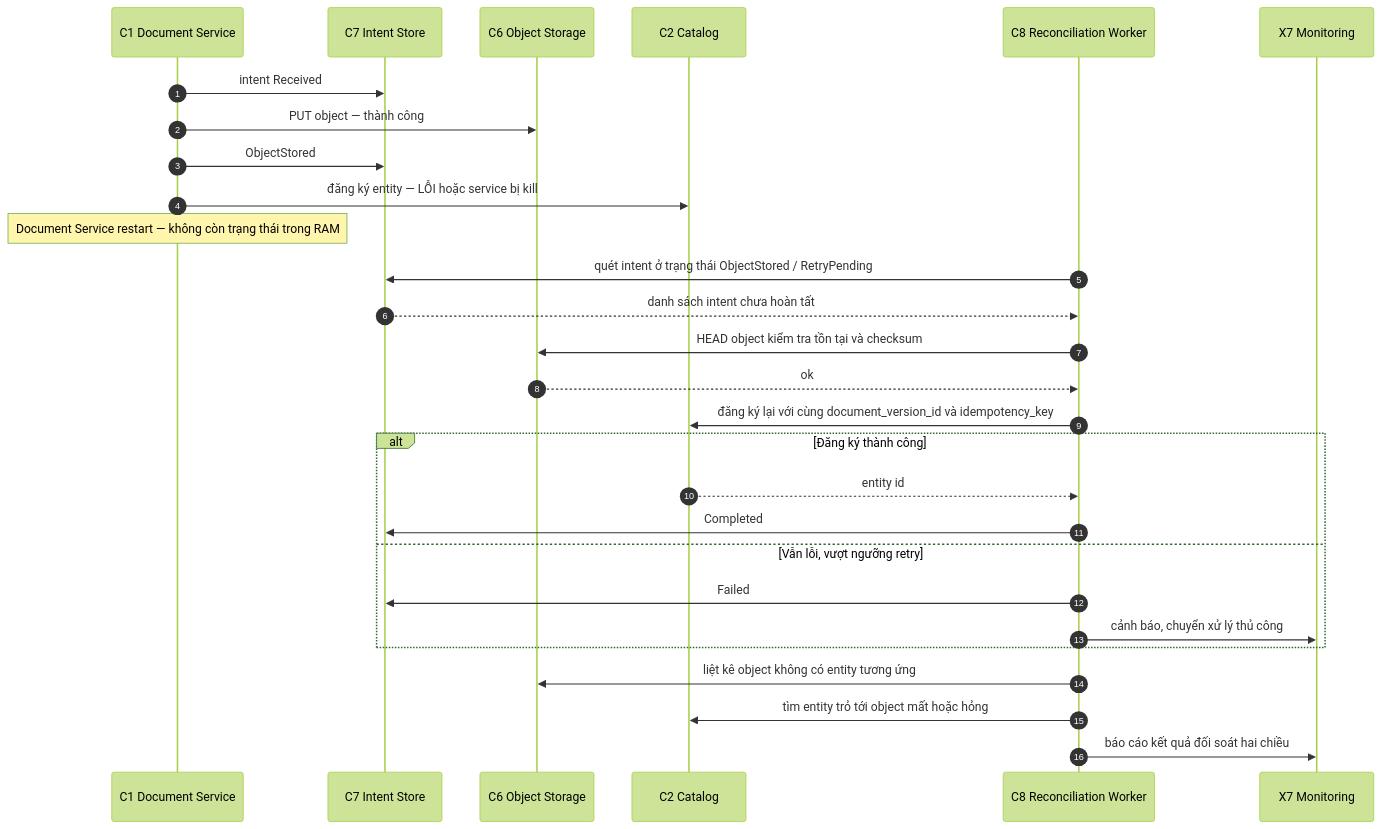
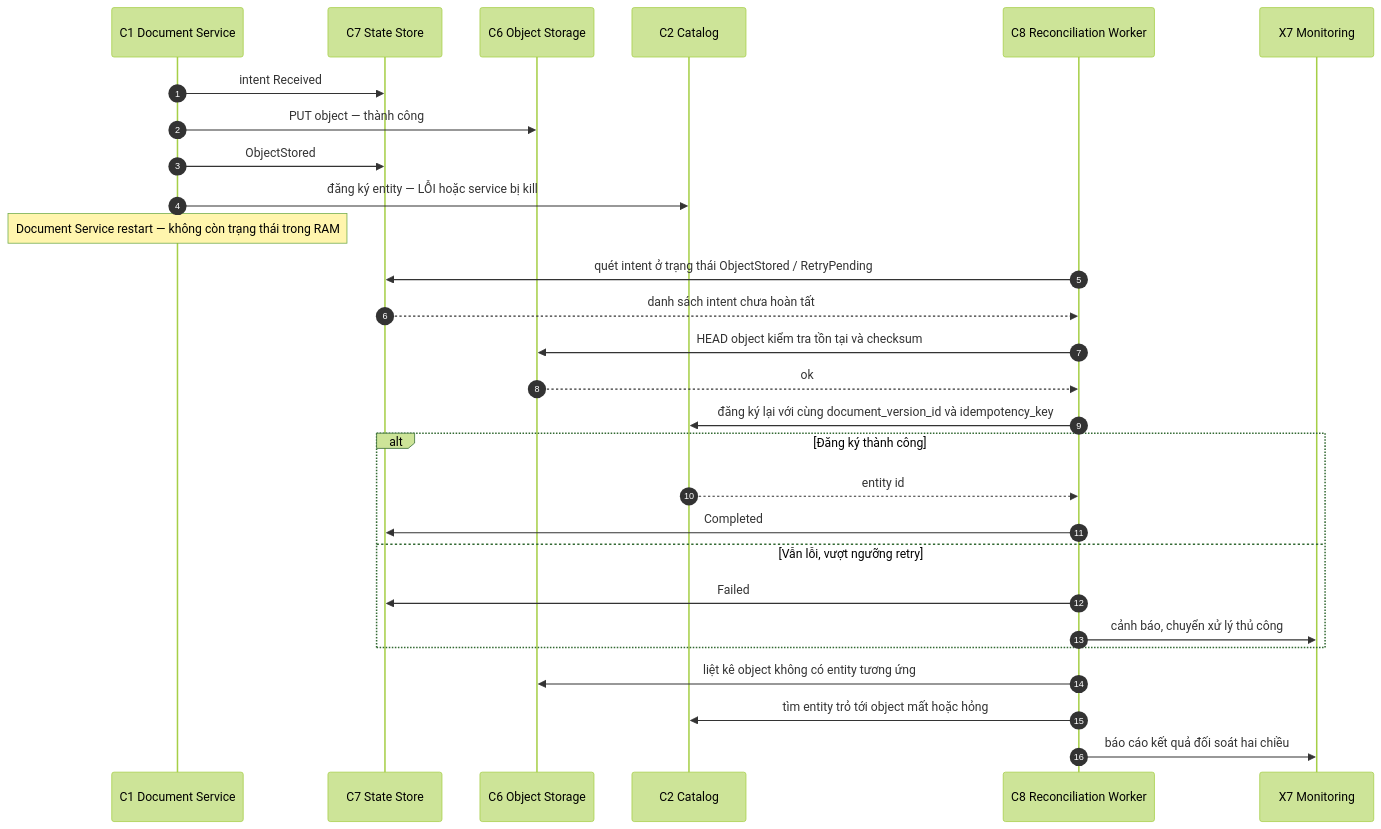
Before and after one commit to Phanlacan12/raw-storage: the seventh of 8 diagrams in docs/c4-05-dynamic-views.md, drawn with Mermaid (forest theme). The commit also changed other lines of this file and 12 other files, not shown here.

````diff
--- a/docs/c4-05-dynamic-views.md
+++ b/docs/c4-05-dynamic-views.md
@@ -223,31 +240,31 @@
 ```mermaid
 sequenceDiagram
     autonumber
     participant DS as C1 Document Service
-    participant IN as C7 Intent Store
+    participant IN as C7 State Store
     participant S3 as C6 Object Storage
     participant CAT as C2 Catalog
     participant RC as C8 Reconciliation Worker
     participant MON as X7 Monitoring
 
     DS->>IN: intent Received
     DS->>S3: PUT object — thành công
     DS->>IN: ObjectStored
     DS->>CAT: đăng ký entity — LỖI hoặc service bị kill
     Note over DS: Document Service restart — không còn trạng thái trong RAM
     RC->>IN: quét intent ở trạng thái ObjectStored / RetryPending
     IN-->>RC: danh sách intent chưa hoàn tất
     RC->>S3: HEAD object kiểm tra tồn tại và checksum
     S3-->>RC: ok
     RC->>CAT: đăng ký lại với cùng document_version_id và idempotency_key
     alt Đăng ký thành công
         CAT-->>RC: entity id
         RC->>IN: Completed
     else Vẫn lỗi, vượt ngưỡng retry
         RC->>IN: Failed
         RC->>MON: cảnh báo, chuyển xử lý thủ công
     end
     RC->>S3: liệt kê object không có entity tương ứng
     RC->>CAT: tìm entity trỏ tới object mất hoặc hỏng
     RC->>MON: báo cáo kết quả đối soát hai chiều
 ```
````
